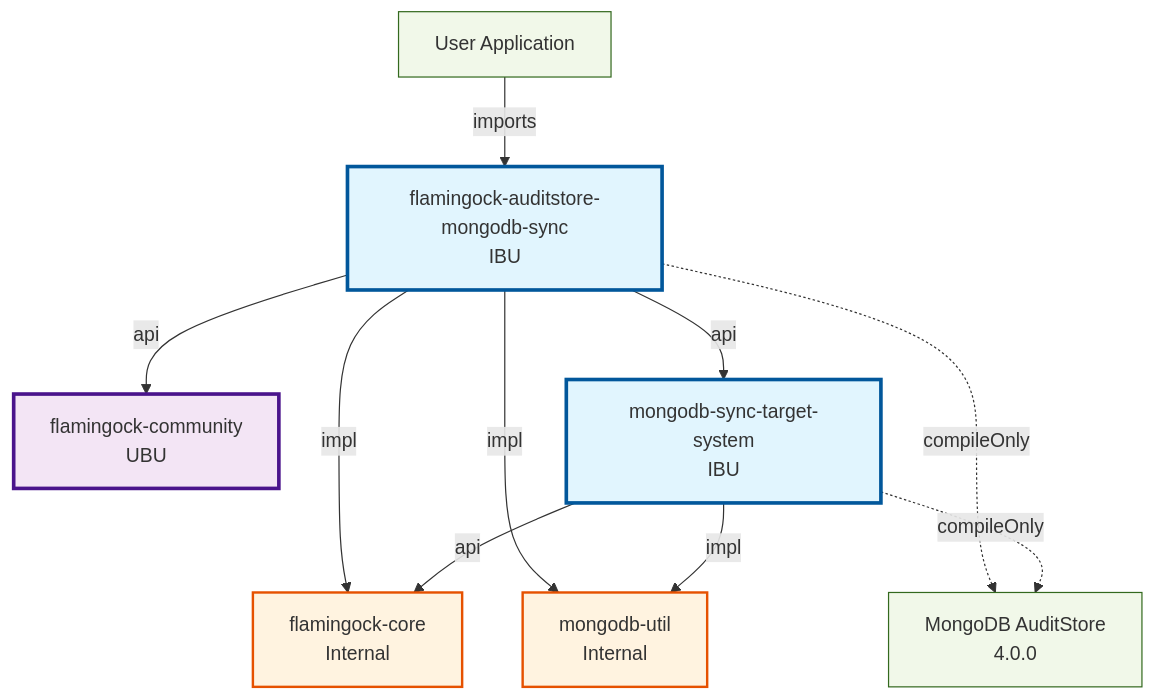
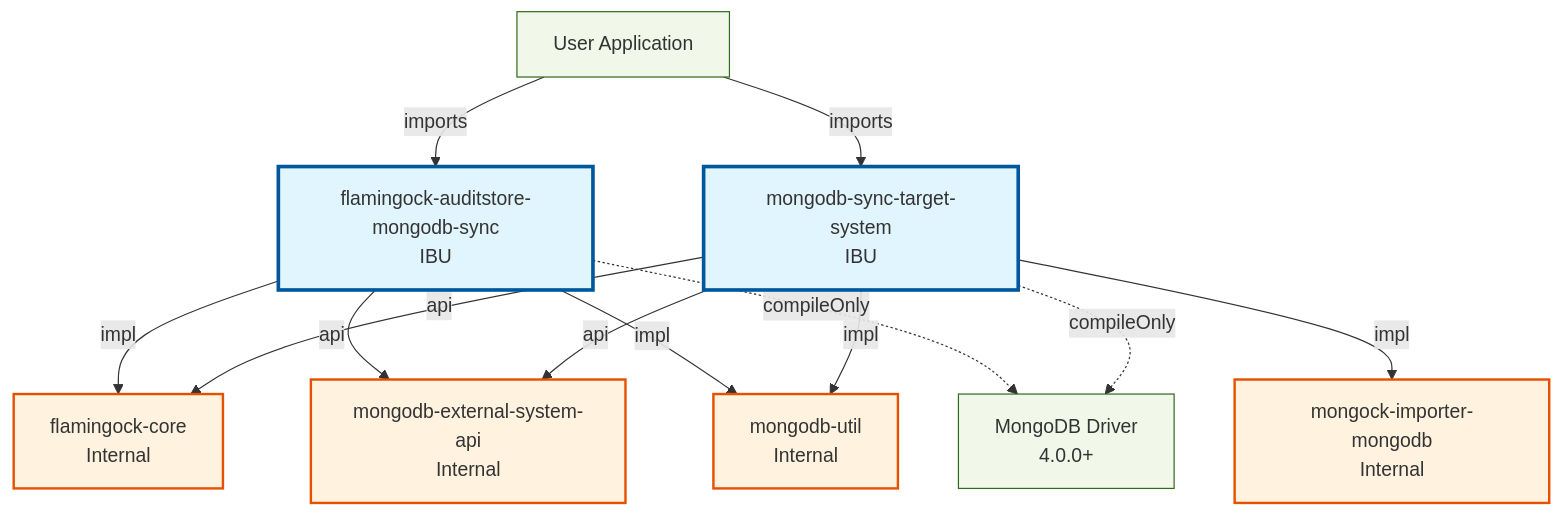
One commit to flamingock/flamingock-java changed the third of 7 diagrams in docs/ARCHITECTURE_OVERVIEW.md. Above: the diagram before and after it, drawn with Mermaid. The commit also changed other lines of this file, not shown here.

Commit message:
chore: update architecture document

````diff
--- a/docs/ARCHITECTURE_OVERVIEW.md
+++ b/docs/ARCHITECTURE_OVERVIEW.md
@@ -295,26 +491,29 @@
 ```mermaid
 graph TB
     classDef ibu fill:#e1f5fe,stroke:#01579b,stroke-width:3px
     classDef ubu fill:#f3e5f5,stroke:#4a148c,stroke-width:3px
     classDef internal fill:#fff3e0,stroke:#e65100,stroke-width:2px
     classDef external fill:#f1f8e9,stroke:#33691e,stroke-width:1px
 
     User[User Application]:::external
     User -->|imports| flamingock-auditstore-mongodb-sync
-    
+    User -->|imports| mongodb-sync-target-system
+
     flamingock-auditstore-mongodb-sync[flamingock-auditstore-mongodb-sync<br/>IBU]:::ibu
-    flamingock-community[flamingock-community<br/>UBU]:::ubu
     mongodb-sync-target-system[mongodb-sync-target-system<br/>IBU]:::ibu
+    mongodb-external-system-api[mongodb-external-system-api<br/>Internal]:::internal
     flamingock-core[flamingock-core<br/>Internal]:::internal
     mongodb-util[mongodb-util<br/>Internal]:::internal
-    MongoAuditStore[MongoDB AuditStore<br/>4.0.0]:::external
-    
-    flamingock-auditstore-mongodb-sync -->|api| flamingock-community
-    flamingock-auditstore-mongodb-sync -->|api| mongodb-sync-target-system
+    mongock-importer-mongodb[mongock-importer-mongodb<br/>Internal]:::internal
+    MongoDriver[MongoDB Driver<br/>4.0.0+]:::external
+
     flamingock-auditstore-mongodb-sync -->|impl| flamingock-core
+    flamingock-auditstore-mongodb-sync -->|api| mongodb-external-system-api
     flamingock-auditstore-mongodb-sync -->|impl| mongodb-util
-    flamingock-auditstore-mongodb-sync -.->|compileOnly| MongoAuditStore
+    flamingock-auditstore-mongodb-sync -.->|compileOnly| MongoDriver
     mongodb-sync-target-system -->|api| flamingock-core
+    mongodb-sync-target-system -->|api| mongodb-external-system-api
     mongodb-sync-target-system -->|impl| mongodb-util
-    mongodb-sync-target-system -.->|compileOnly| MongoAuditStore
+    mongodb-sync-target-system -->|impl| mongock-importer-mongodb
+    mongodb-sync-target-system -.->|compileOnly| MongoDriver
 ```
````
